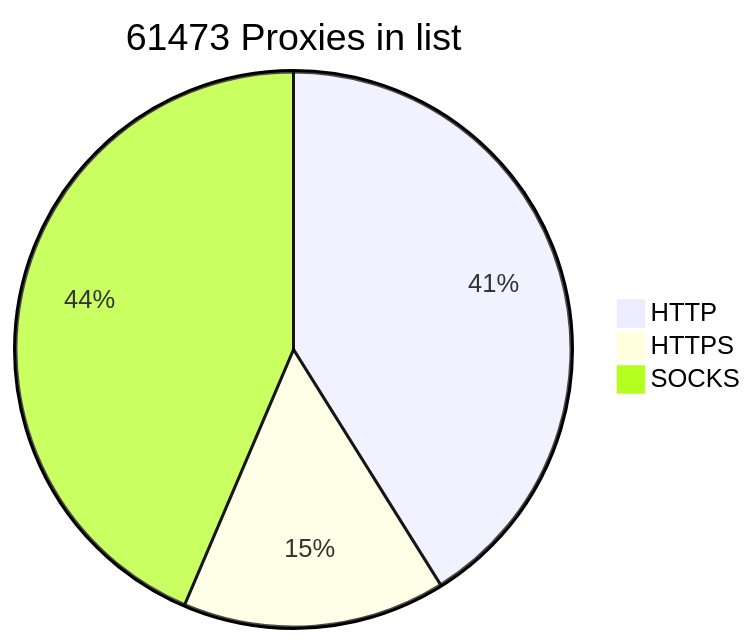
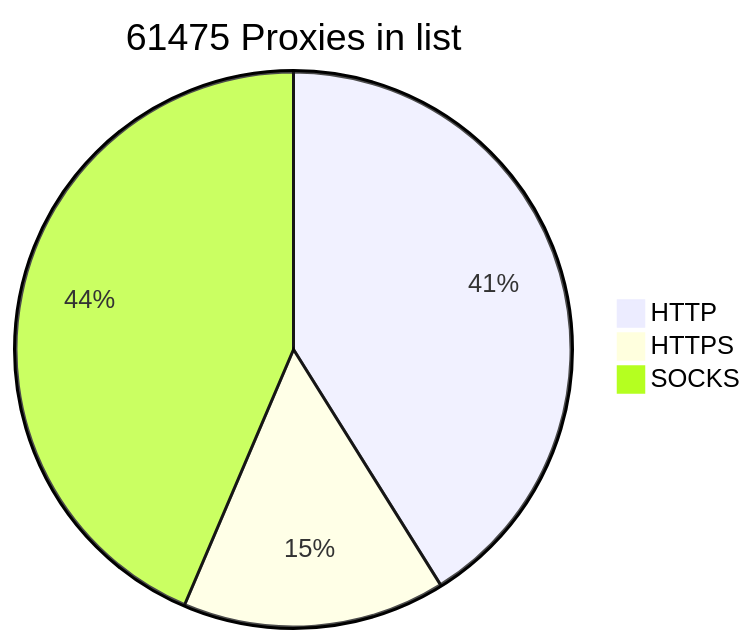
Before and after one commit to BlackSnowDot/proxylist-update-every-minute: the diagram in README.md, drawn with Mermaid.

````diff
--- a/README.md
+++ b/README.md
@@ -2,6 +2,6 @@
 ```mermaid
-pie title 61473 Proxies in list
-    "HTTP" : 28723
+pie title 61475 Proxies in list
+    "HTTP" : 28725
     "HTTPS": 10695
     "SOCKS" : 30452
 ```
````
